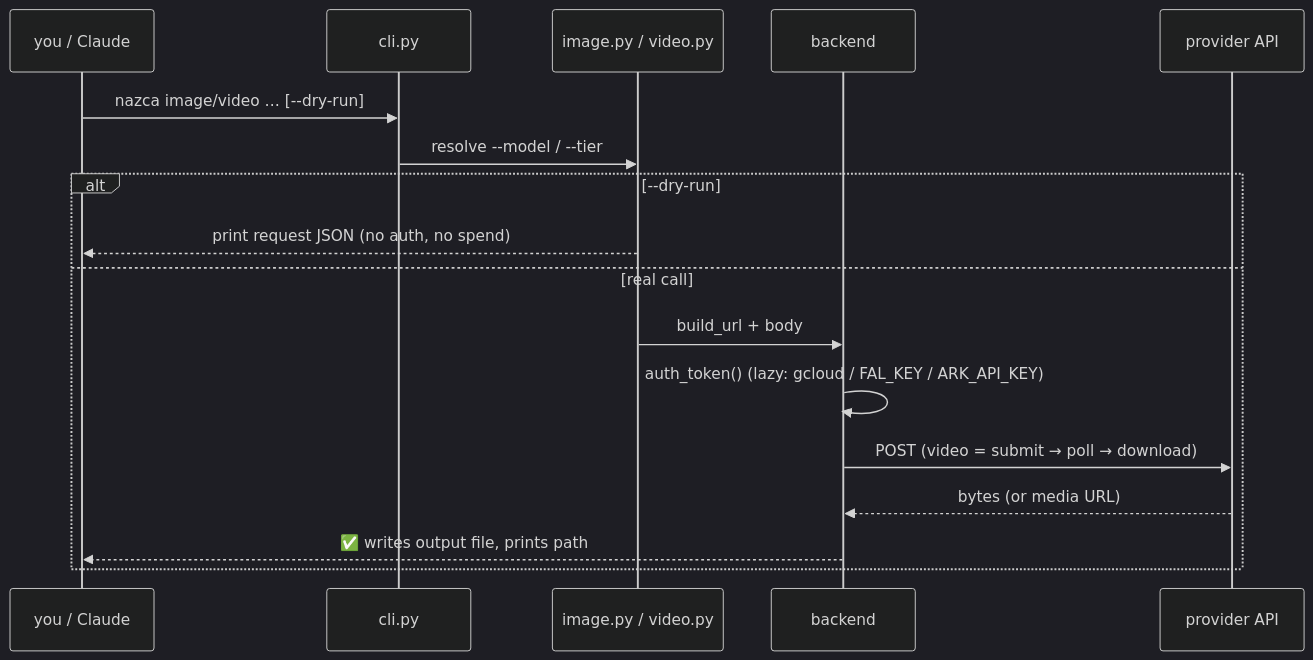
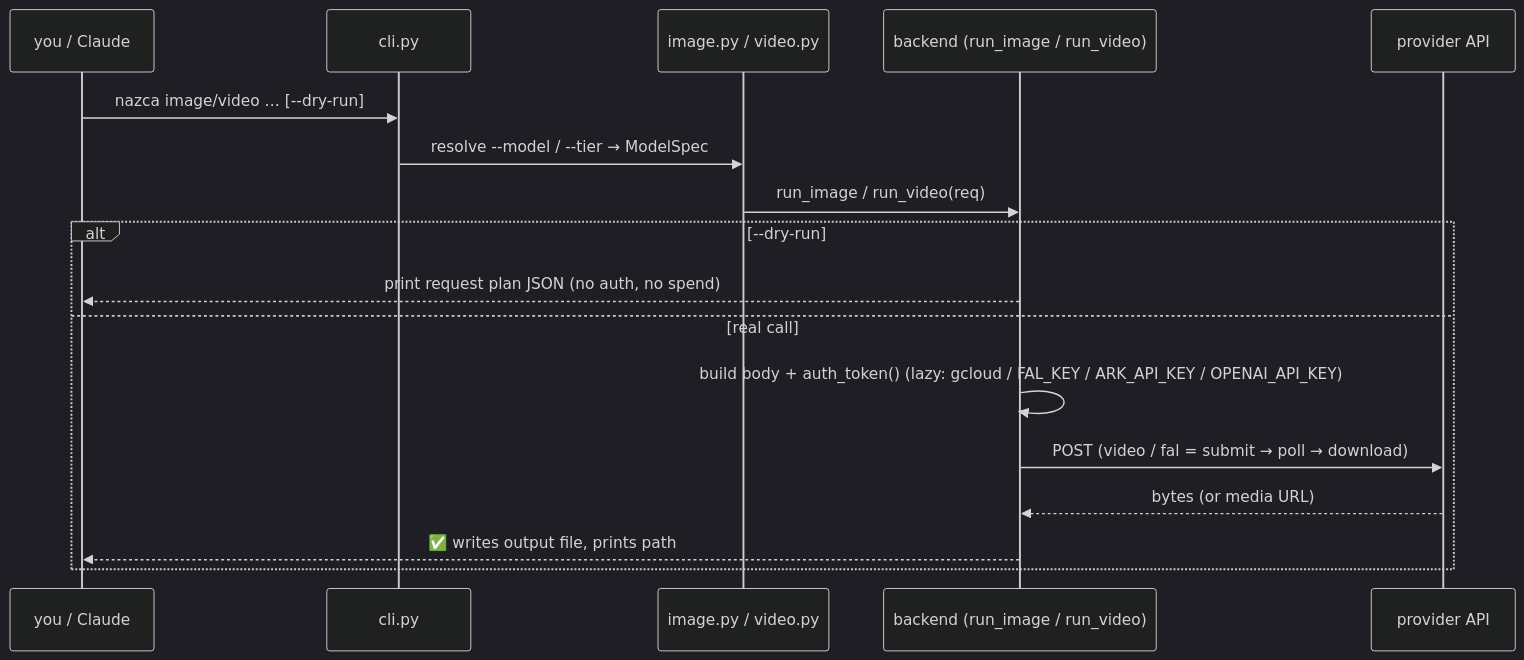
Before and after one commit to Mysios-Labs-inc/nazca: the third of 3 diagrams in README.md, drawn with Mermaid (dark theme). The commit also changed other lines of this file and 3 other files, not shown here.

First line of the commit message:
docs: refresh architecture + add library API, bump to 0.7.0 (#82)

````diff
--- a/README.md
+++ b/README.md
@@ -467,19 +507,19 @@
 ```mermaid
 sequenceDiagram
     participant U as you / Claude
     participant C as cli.py
     participant D as image.py / video.py
-    participant B as backend
+    participant B as backend (run_image / run_video)
     participant P as provider API
     U->>C: nazca image/video … [--dry-run]
-    C->>D: resolve --model / --tier
+    C->>D: resolve --model / --tier → ModelSpec
+    D->>B: run_image / run_video(req)
     alt --dry-run
-        D-->>U: print request JSON (no auth, no spend)
+        B-->>U: print request plan JSON (no auth, no spend)
     else real call
-        D->>B: build_url + body
-        B->>B: auth_token()  (lazy: gcloud / FAL_KEY / ARK_API_KEY)
-        B->>P: POST  (video = submit → poll → download)
+        B->>B: build body + auth_token()  (lazy: gcloud / FAL_KEY / ARK_API_KEY / OPENAI_API_KEY)
+        B->>P: POST  (video / fal = submit → poll → download)
         P-->>B: bytes (or media URL)
         B-->>U: ✅ writes output file, prints path
     end
 ```
````
